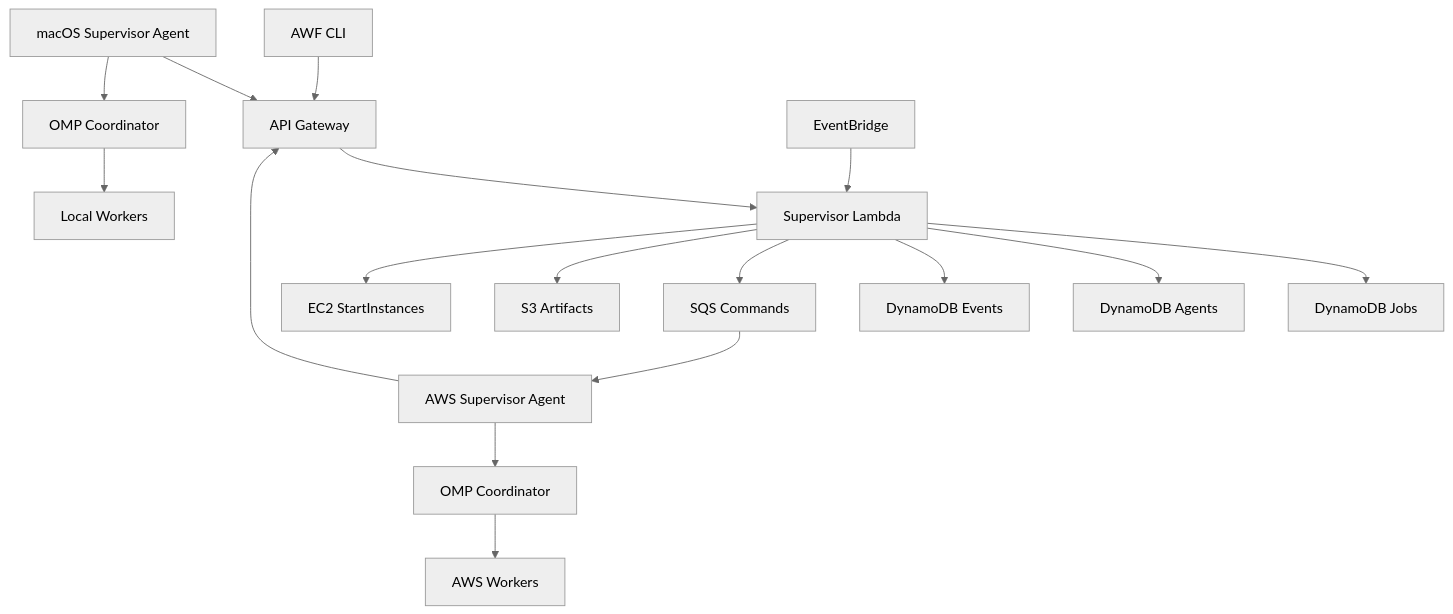
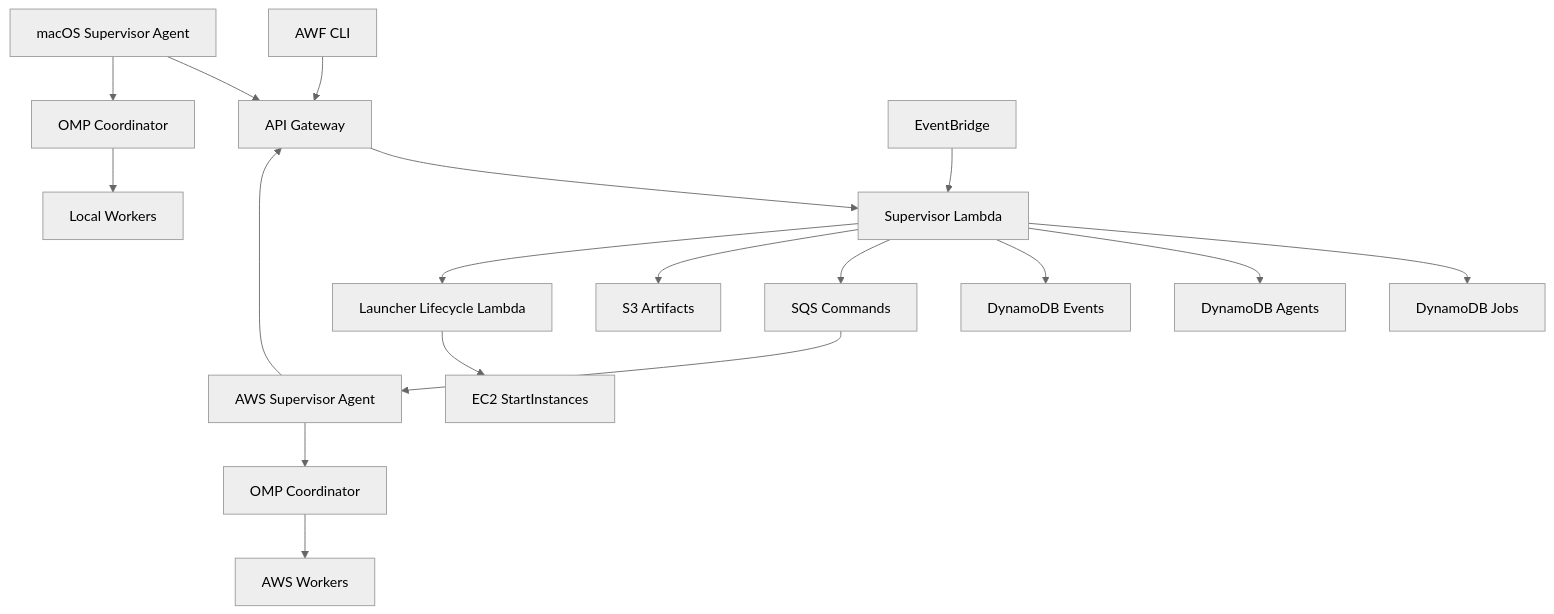
One commit to coldplay126/ai-workflow-tools changed the diagram in docs/superpowers/specs/2026-07-30-awf-supervisor-control-plane-design.md. Above: the diagram before and after it, drawn with Mermaid (neutral theme). The commit also changed other lines of this file, not shown here.

Commit message:
docs: reuse OMP launcher lifecycle boundary

````diff
--- a/docs/superpowers/specs/2026-07-30-awf-supervisor-control-plane-design.md
+++ b/docs/superpowers/specs/2026-07-30-awf-supervisor-control-plane-design.md
@@ -72,22 +76,23 @@
 ```mermaid
 flowchart TD
     CLI[AWF CLI] --> API[API Gateway]
     API --> CP[Supervisor Lambda]
     CP --> JOBS[DynamoDB Jobs]
     CP --> AGENTS[DynamoDB Agents]
     CP --> EVENTS[DynamoDB Events]
     CP --> QUEUE[SQS Commands]
     CP --> OBJECTS[S3 Artifacts]
-    CP --> START[EC2 StartInstances]
+    CP --> LIFECYCLE[Launcher Lifecycle Lambda]
+    LIFECYCLE --> START[EC2 StartInstances]
 
     LOCAL[macOS Supervisor Agent] --> API
     AWS[AWS Supervisor Agent] --> API
     QUEUE --> AWS
 
     LOCAL --> OMP1[OMP Coordinator]
     AWS --> OMP2[OMP Coordinator]
     OMP1 --> LW[Local Workers]
     OMP2 --> AW[AWS Workers]
 
     SCHEDULE[EventBridge] --> CP
 ```
````
